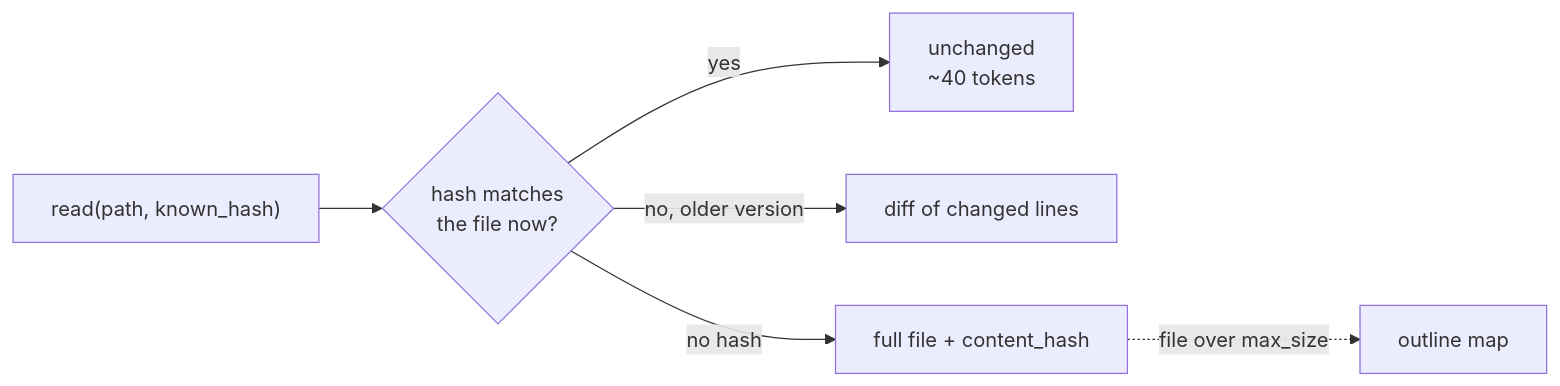
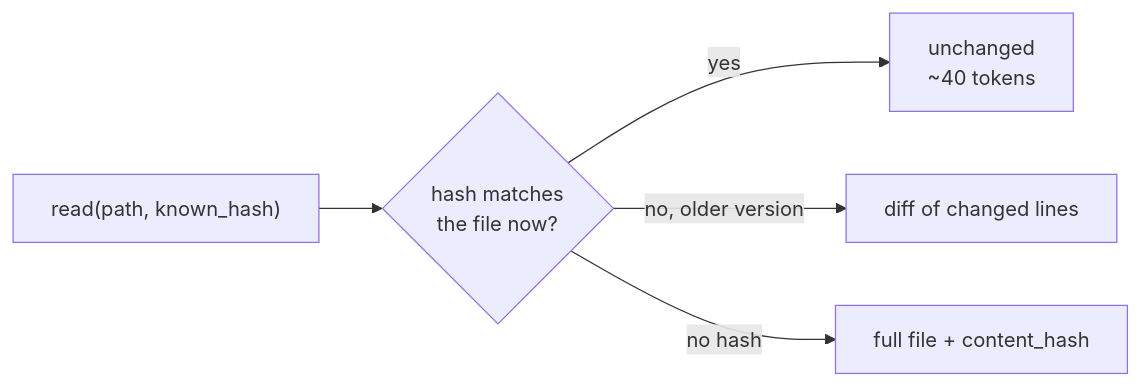
Before and after one commit to CoderDayton/semantic-cache-mcp: the diagram in README.md, drawn with Mermaid. The commit also changed other lines of this file and 2 other files, not shown here.

````diff
--- a/README.md
+++ b/README.md
@@ -190,8 +71,7 @@
 ```mermaid
 flowchart LR
     R["read(path, known_hash)"] --> M{"hash matches<br/>the file now?"}
     M -- yes --> U["unchanged<br/>~40 tokens"]
     M -- "no, older version" --> D["diff of changed lines"]
     M -- "no hash" --> F["full file + content_hash"]
-    F -. "file over max_size" .-> O["outline map"]
 ```
````
